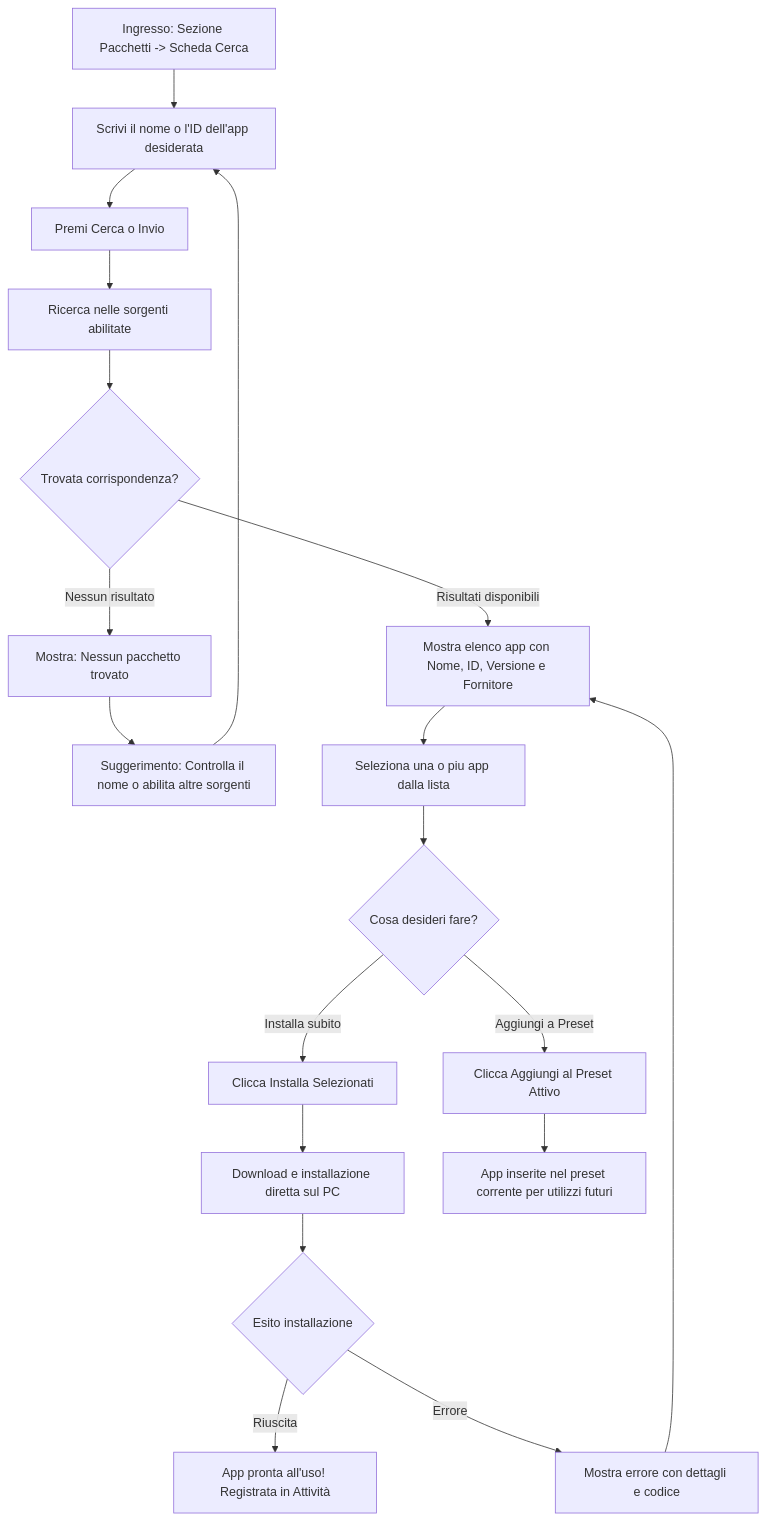
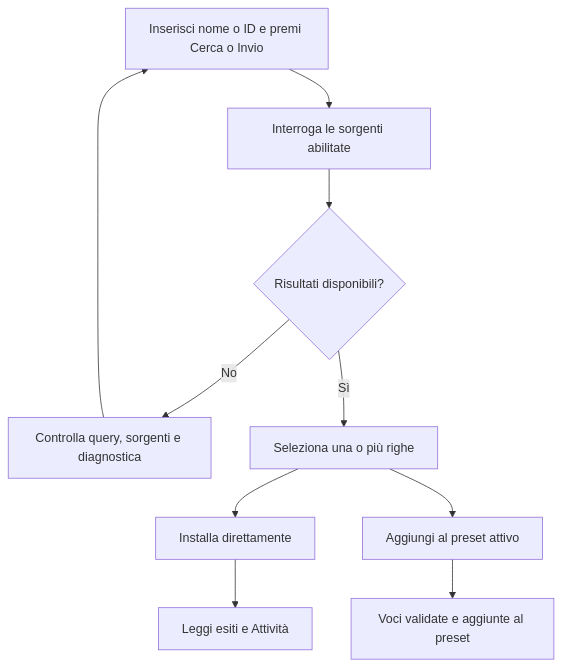
The third of 7 diagrams in docs/user-guide.md (dennidalpos/OnlyWinget), drawn with Mermaid before and after one commit. The commit also changed other lines of this file and 13 other files, not shown here.

````diff
--- a/docs/user-guide.md
+++ b/docs/user-guide.md
@@ -100,27 +54,12 @@
 ```mermaid
 flowchart TD
-    StartSearch["Ingresso: Sezione Pacchetti -> Scheda Cerca"] --> InputQuery["Scrivi il nome o l'ID dell'app desiderata"]
-    InputQuery --> PressSearch["Premi Cerca o Invio"]
-    
-    PressSearch --> QueryExecution["Ricerca nelle sorgenti abilitate"]
-    QueryExecution --> HasResults{"Trovata corrispondenza?"}
-    
-    HasResults -->|"Nessun risultato"| EmptyResult["Mostra: Nessun pacchetto trovato"]
-    EmptyResult --> Suggestion["Suggerimento: Controlla il nome o abilita altre sorgenti"]
-    Suggestion --> InputQuery
-    
-    HasResults -->|"Risultati disponibili"| DisplayResults["Mostra elenco app con Nome, ID, Versione e Fornitore"]
-    DisplayResults --> SelectItems["Seleziona una o piu app dalla lista"]
-    
-    SelectItems --> ActionChoice{"Cosa desideri fare?"}
-    
-    ActionChoice -->|"Installa subito"| DirectInstall["Clicca Installa Selezionati"]
-    DirectInstall --> RunningDirect["Download e installazione diretta sul PC"]
-    RunningDirect --> DirectResult{"Esito installazione"}
-    DirectResult -->|"Riuscita"| SuccessDirect["App pronta all'uso! Registrata in Attività"]
-    DirectResult -->|"Errore"| FailDirect["Mostra errore con dettagli e codice"]
-    FailDirect --> DisplayResults
-    
-    ActionChoice -->|"Aggiungi a Preset"| AddToPreset["Clicca Aggiungi al Preset Attivo"]
-    AddToPreset --> ConfirmAdd["App inserite nel preset corrente per utilizzi futuri"]
+    Query["Inserisci nome o ID e premi Cerca o Invio"] --> Search["Interroga le sorgenti abilitate"]
+    Search --> Results{"Risultati disponibili?"}
+    Results -->|"No"| Check["Controlla query, sorgenti e diagnostica"]
+    Check --> Query
+    Results -->|"Sì"| Select["Seleziona una o più righe"]
+    Select --> Install["Installa direttamente"]
+    Select --> Preset["Aggiungi al preset attivo"]
+    Install --> Outcome["Leggi esiti e Attività"]
+    Preset --> Saved["Voci validate e aggiunte al preset"]
 ```
````
